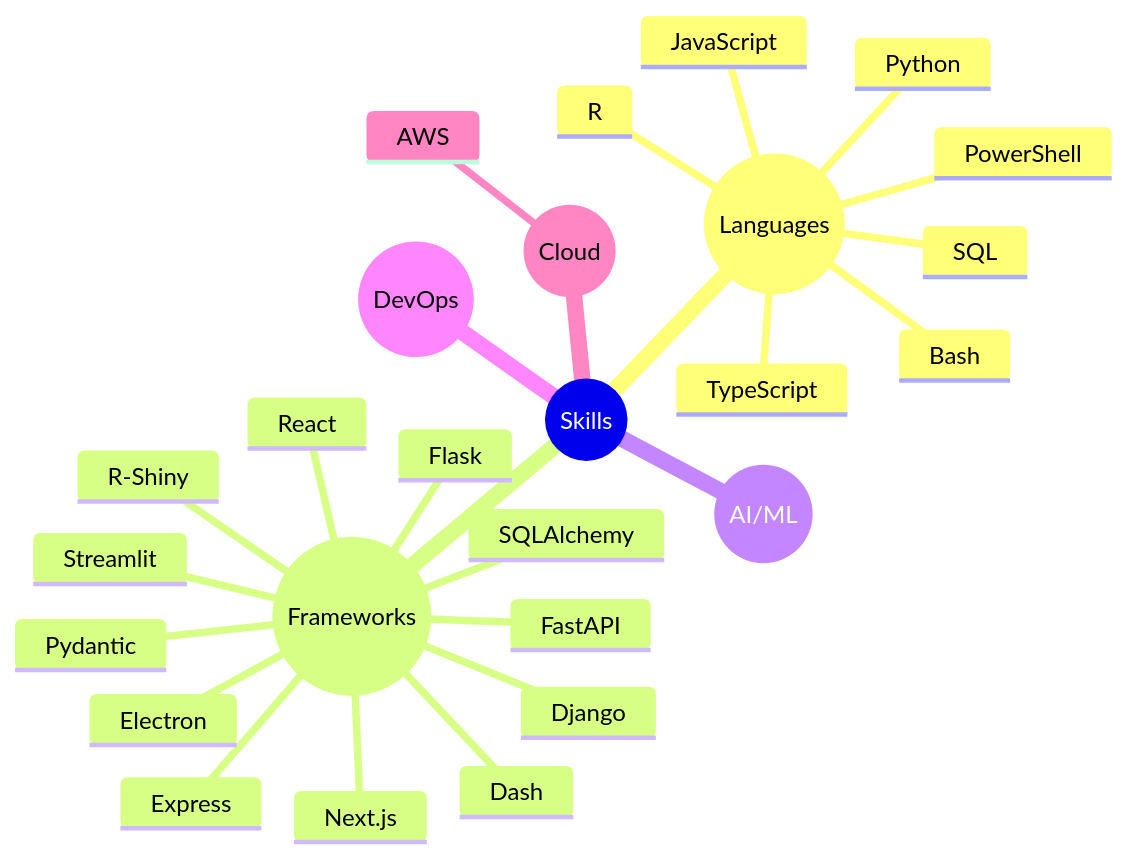
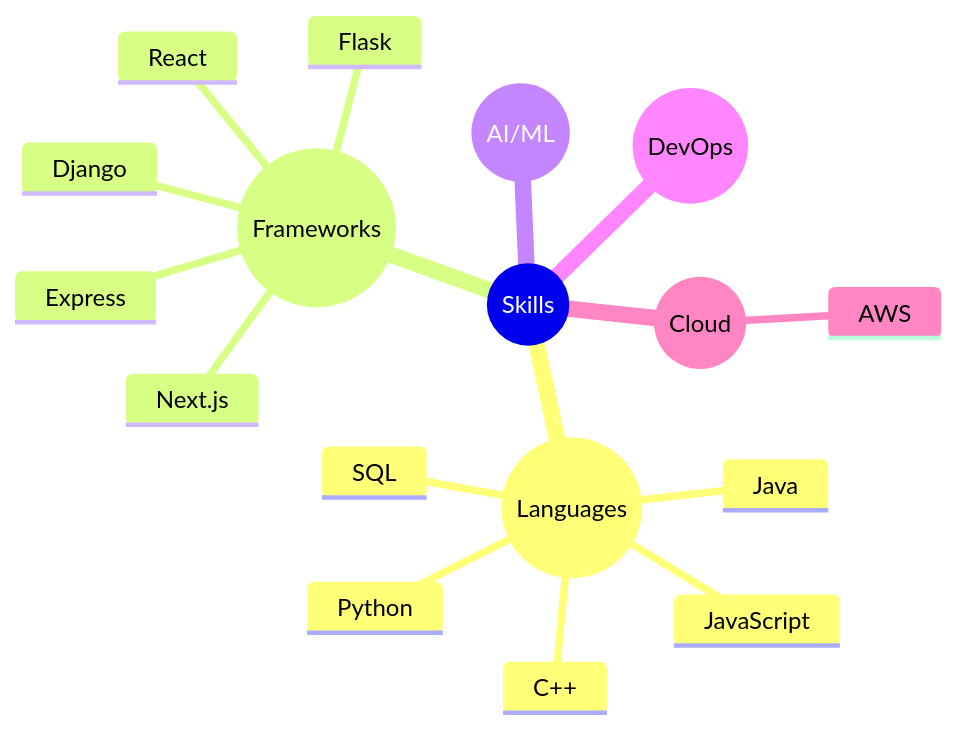
Before and after one commit to jerichofaderon/jerichofaderon: the diagram in README.md, drawn with Mermaid.

Commit message:
Updated Tech Snapshot

````diff
--- a/README.md
+++ b/README.md
@@ -18,29 +18,20 @@
 ```mermaid
 mindmap
   root((Skills))
     ((Languages))
       Python
       JavaScript
-      TypeScript
-      R
+      C++
+      Java
       SQL
-      Bash
-      PowerShell
     ((Frameworks))
       React
       Flask
       Django
-      FastAPI
       Express
-      Electron
       Next.js
-      Dash
-      R-Shiny
-      Streamlit
-      Pydantic
-      SQLAlchemy
     ((AI/ML))
     ((DevOps))
     ((Cloud))
       AWS
 ```
````
